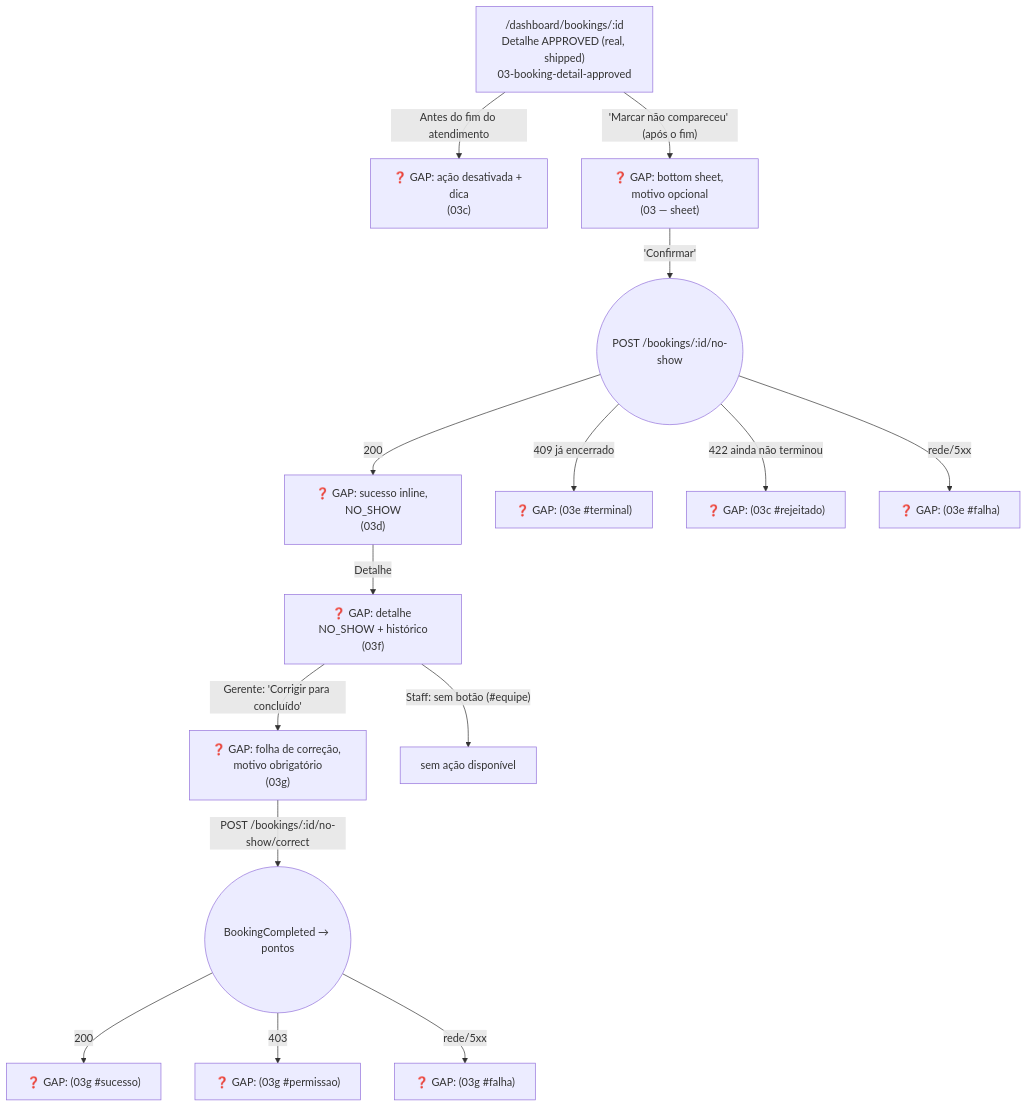
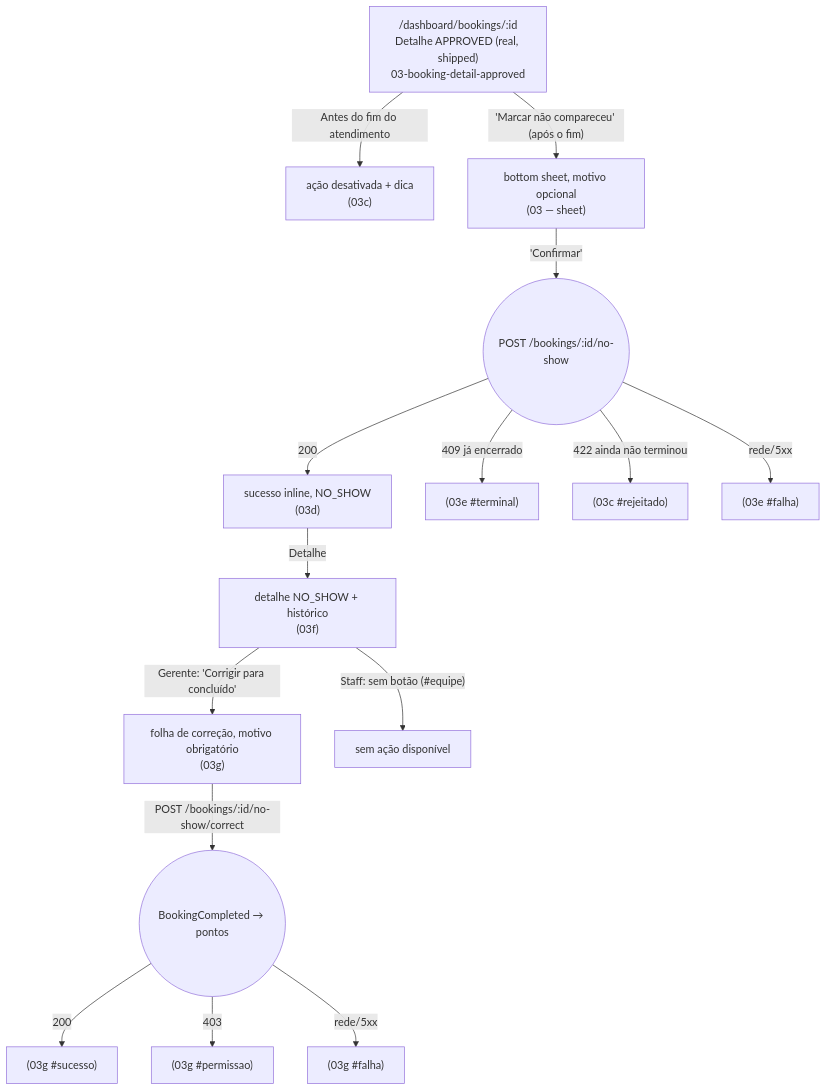
One commit to lmmoreira/ikaro changed the fifth of 5 diagrams in plan/journey/staff/agenda.md. Above: the diagram before and after it, drawn with Mermaid. The commit also changed other lines of this file and 81 other files, not shown here.

First line of the commit message:
feat(booking): staff no-show action, manager correction and status history UI (M23-S27) (#585)

````diff
--- a/plan/journey/staff/agenda.md
+++ b/plan/journey/staff/agenda.md
@@ -224,19 +224,19 @@
 ```mermaid
 flowchart TD
     classDef gap stroke:#f00,stroke-dasharray: 5 5,fill:#fee
 
-    Det["/dashboard/bookings/:id<br/>Detalhe APPROVED (real, shipped)<br/>03-booking-detail-approved"] -->|"Antes do fim do atendimento"| Desat["❓ GAP: ação desativada + dica<br/>(03c)"]
-    Det -->|"'Marcar não compareceu' (após o fim)"| Sheet["❓ GAP: bottom sheet, motivo opcional<br/>(03 — sheet)"]
+    Det["/dashboard/bookings/:id<br/>Detalhe APPROVED (real, shipped)<br/>03-booking-detail-approved"] -->|"Antes do fim do atendimento"| Desat["ação desativada + dica<br/>(03c)"]
+    Det -->|"'Marcar não compareceu' (após o fim)"| Sheet["bottom sheet, motivo opcional<br/>(03 — sheet)"]
     Sheet -->|"'Confirmar'"| Post(("POST /bookings/:id/no-show"))
-    Post -->|"200"| Ok["❓ GAP: sucesso inline, NO_SHOW<br/>(03d)"]
-    Post -->|"409 já encerrado"| Terminal["❓ GAP: (03e #terminal)"]
-    Post -->|"422 ainda não terminou"| Rej["❓ GAP: (03c #rejeitado)"]
-    Post -->|"rede/5xx"| Falha["❓ GAP: (03e #falha)"]
-    Ok -->|"Detalhe"| NS["❓ GAP: detalhe NO_SHOW + histórico<br/>(03f)"]
-    NS -->|"Gerente: 'Corrigir para concluído'"| Fix["❓ GAP: folha de correção, motivo obrigatório<br/>(03g)"]
+    Post -->|"200"| Ok["sucesso inline, NO_SHOW<br/>(03d)"]
+    Post -->|"409 já encerrado"| Terminal["(03e #terminal)"]
+    Post -->|"422 ainda não terminou"| Rej["(03c #rejeitado)"]
+    Post -->|"rede/5xx"| Falha["(03e #falha)"]
+    Ok -->|"Detalhe"| NS["detalhe NO_SHOW + histórico<br/>(03f)"]
+    NS -->|"Gerente: 'Corrigir para concluído'"| Fix["folha de correção, motivo obrigatório<br/>(03g)"]
     NS -->|"Staff: sem botão (#equipe)"| Nada["sem ação disponível"]
     Fix -->|"POST /bookings/:id/no-show/correct"| Corr(("BookingCompleted → pontos"))
-    Corr -->|"200"| CorrOk["❓ GAP: (03g #sucesso)"]
-    Corr -->|"403"| Perm["❓ GAP: (03g #permissao)"]
-    Corr -->|"rede/5xx"| CorrFalha["❓ GAP: (03g #falha)"]
+    Corr -->|"200"| CorrOk["(03g #sucesso)"]
+    Corr -->|"403"| Perm["(03g #permissao)"]
+    Corr -->|"rede/5xx"| CorrFalha["(03g #falha)"]
 ```
````
